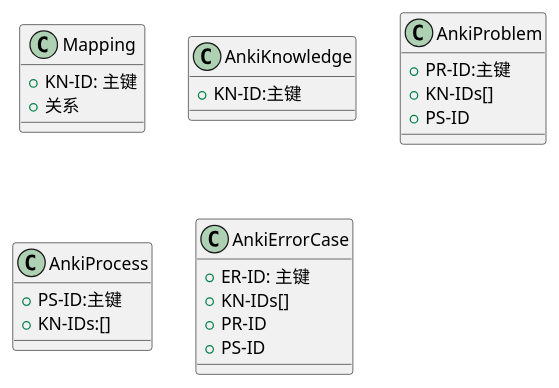
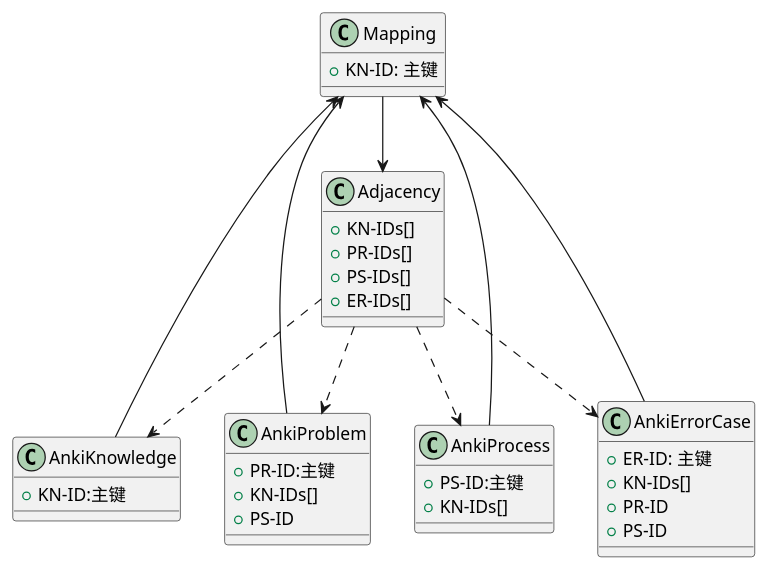
Before and after one commit to AlleyNorthward/postgraduate-entrance-exam: the diagram in modeling/知识学习/学习层次/mapping.puml, drawn with PlantUML. The commit also changed 14 other files, not shown here.

```diff
--- a/modeling/知识学习/学习层次/mapping.puml
+++ b/modeling/知识学习/学习层次/mapping.puml
@@ -1,30 +1,47 @@
-@startuml mapping
+@startuml Mapping
 
 class Mapping{
     + KN-ID: 主键
-    + 关系
 }
 
 class AnkiKnowledge{
     + KN-ID:主键
 }
 
 class AnkiProblem{
     + PR-ID:主键
     + KN-IDs[]
     + PS-ID
 }
 
 class AnkiProcess{
     + PS-ID:主键
-    + KN-IDs:[]
+    + KN-IDs[]
 }
 
 class AnkiErrorCase{
     + ER-ID: 主键
     + KN-IDs[]
     + PR-ID
     + PS-ID
 }
 
+class Adjacency{
+    + KN-IDs[]
+    + PR-IDs[]
+    + PS-IDs[]
+    + ER-IDs[]
+}
+
+AnkiKnowledge --> Mapping
+AnkiProblem --> Mapping
+AnkiProcess --> Mapping
+AnkiErrorCase --> Mapping
+Mapping --> Adjacency
+
+Adjacency ..> AnkiKnowledge
+Adjacency ..> AnkiProblem
+Adjacency ..> AnkiProcess
+Adjacency ..> AnkiErrorCase
+
 @enduml
```
